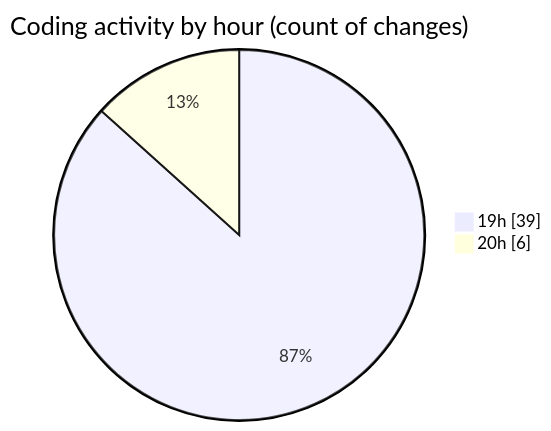
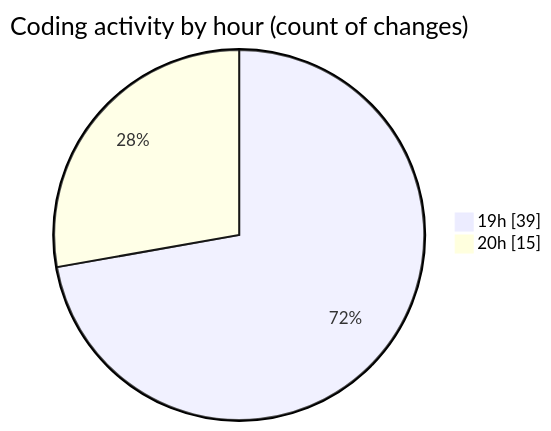
Before and after one commit to momahboobian/code-tracking: the second of 2 diagrams in 2026-06-16/cda/README.md, drawn with Mermaid. The commit also changed other lines of this file and 1 other file, not shown here.

````diff
--- a/2026-06-16/cda/README.md
+++ b/2026-06-16/cda/README.md
@@ -46,6 +51,6 @@
 ```mermaid
 pie showData
 title Coding activity by hour (count of changes)
 "19h" : 39
-"20h" : 6
+"20h" : 15
 ```
````
